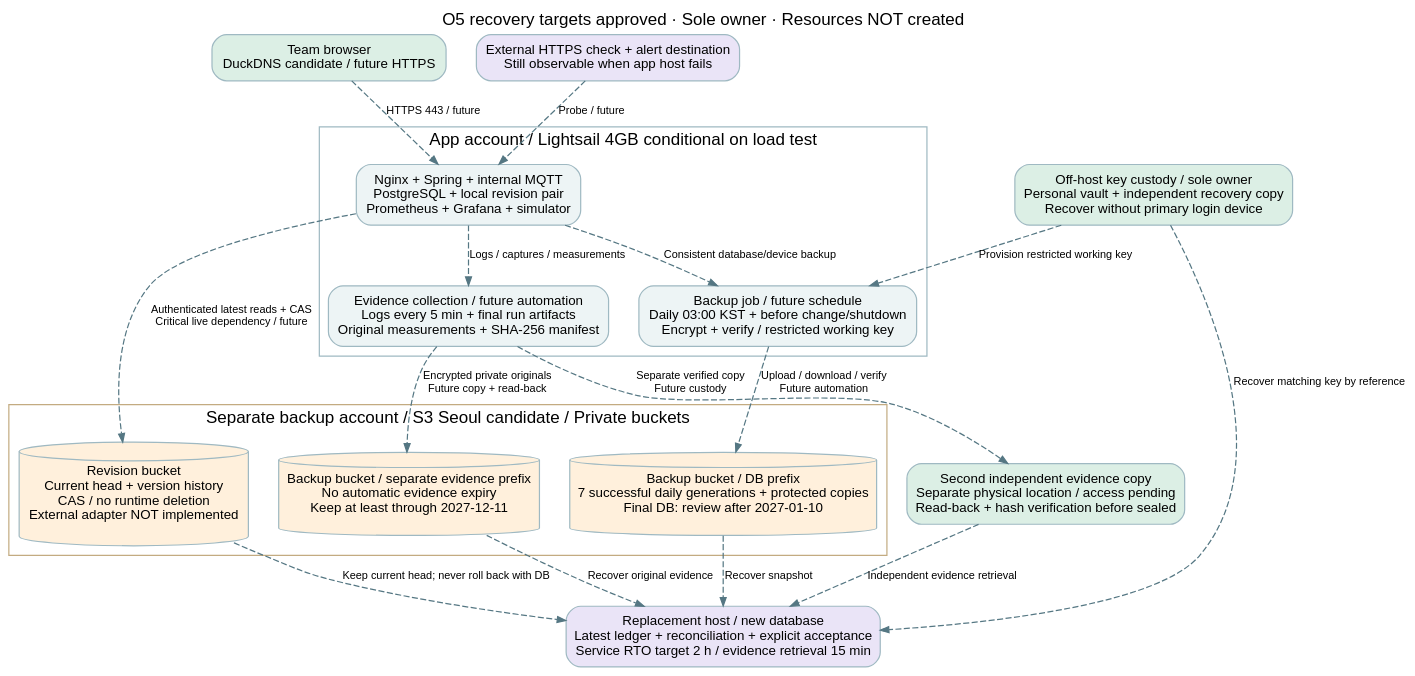
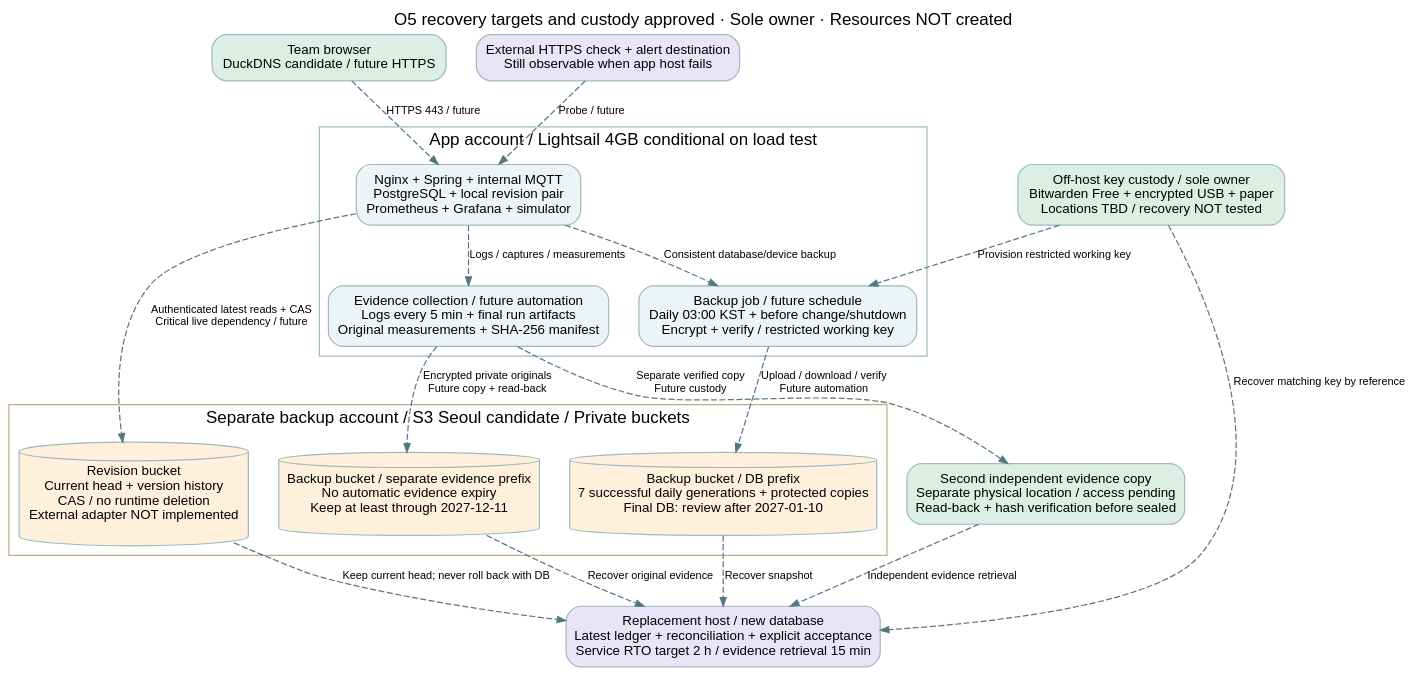
One commit to yh4752/illegal-parking-detection changed the diagram in docs/diagrams/11-deployment-readiness.dot. Above: the diagram before and after it, drawn with Graphviz. The commit also changed 10 other files, not shown here.

Commit message:
docs: record separate backup account and personal recovery custody

```diff
--- a/docs/diagrams/11-deployment-readiness.dot
+++ b/docs/diagrams/11-deployment-readiness.dot
@@ -1,36 +1,36 @@
 digraph Readiness {
-  graph [rankdir=TB, bgcolor="transparent", pad="0.25", nodesep="0.35", ranksep="0.55", fontname="Arial", label="O5 recovery targets approved · Sole owner · Resources NOT created", labelloc=t];
+  graph [rankdir=TB, bgcolor="transparent", pad="0.25", nodesep="0.35", ranksep="0.55", fontname="Arial", label="O5 recovery targets and custody approved · Sole owner · Resources NOT created", labelloc=t];
   node [shape=box, style="rounded,filled", fillcolor="#EDF4F5", color="#9FB9C2", fontname="Arial", fontsize=11, margin="0.13,0.1"];
   edge [fontname="Arial", fontsize=9, color="#557783", arrowsize=0.7, style=dashed];
   team [label="Team browser\nDuckDNS candidate / future HTTPS", fillcolor="#DCEFE5"];
   subgraph cluster_app {
     label="App account / Lightsail 4GB conditional on load test"; color="#9FB9C2";
     app [label="Nginx + Spring + internal MQTT\nPostgreSQL + local revision pair\nPrometheus + Grafana + simulator"];
     job [label="Backup job / future schedule\nDaily 03:00 KST + before change/shutdown\nEncrypt + verify / restricted working key"];
     capture [label="Evidence collection / future automation\nLogs every 5 min + final run artifacts\nOriginal measurements + SHA-256 manifest"];
     app -> job [label="Consistent database/device backup"];
     app -> capture [label="Logs / captures / measurements"];
   }
   subgraph cluster_store {
     label="Separate backup account / S3 Seoul candidate / Private buckets"; color="#C3AB81";
     ledger [shape=cylinder, fillcolor="#FFF0DC", label="Revision bucket\nCurrent head + version history\nCAS / no runtime deletion\nExternal adapter NOT implemented"];
     archive [shape=cylinder, fillcolor="#FFF0DC", label="Backup bucket / DB prefix\n7 successful daily generations + protected copies\nFinal DB: review after 2027-01-10"];
     evidence [shape=cylinder, fillcolor="#FFF0DC", label="Backup bucket / separate evidence prefix\nNo automatic evidence expiry\nKeep at least through 2027-12-11"];
   }
-  vault [label="Off-host key custody / sole owner\nPersonal vault + independent recovery copy\nRecover without primary login device", fillcolor="#DCEFE5"];
+  vault [label="Off-host key custody / sole owner\nBitwarden Free + encrypted USB + paper\nLocations TBD / recovery NOT tested", fillcolor="#DCEFE5"];
   offline [label="Second independent evidence copy\nSeparate physical location / access pending\nRead-back + hash verification before sealed", fillcolor="#DCEFE5"];
   restore [label="Replacement host / new database\nLatest ledger + reconciliation + explicit acceptance\nService RTO target 2 h / evidence retrieval 15 min", fillcolor="#EAE4F7"];
   monitor [label="External HTTPS check + alert destination\nStill observable when app host fails", fillcolor="#EAE4F7"];
   team -> app [label="HTTPS 443 / future"];
   app -> ledger [label="Authenticated latest reads + CAS\nCritical live dependency / future"];
   job -> archive [label="Upload / download / verify\nFuture automation"];
   capture -> evidence [label="Encrypted private originals\nFuture copy + read-back"];
   capture -> offline [label="Separate verified copy\nFuture custody"];
   vault -> job [label="Provision restricted working key"];
   archive -> restore [label="Recover snapshot"];
   evidence -> restore [label="Recover original evidence"];
   offline -> restore [label="Independent evidence retrieval"];
   ledger -> restore [label="Keep current head; never roll back with DB"];
   vault -> restore [label="Recover matching key by reference"];
   monitor -> app [label="Probe / future"];
 }
```
